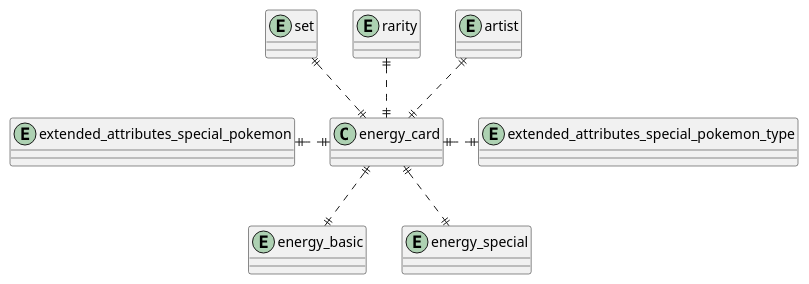
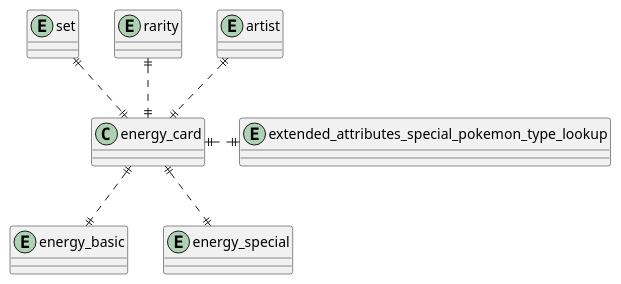
The diagram in schema/entity_relationship_diagrams/enery-card-relationships.puml (pkgreen90/pokemon-tcg-data), drawn with PlantUML before and after one commit. The commit also changed 7 other files, not shown here.

Commit message:
Upated plantuml diagrams and files

```diff
--- a/schema/entity_relationship_diagrams/enery-card-relationships.puml
+++ b/schema/entity_relationship_diagrams/enery-card-relationships.puml
@@ -1,19 +1,17 @@
 @startuml energy-card-relationships
 
 entity "artist" as artist {}
 entity "energy_basic" as energy_basic {}
 entity "energy_special" as energy_special {}
-entity "extended_attributes_special_pokemon" as extended_attributes_special_pokemon {}
-entity "extended_attributes_special_pokemon_type" as extended_attributes_special_pokemon_type {}
+entity "extended_attributes_special_pokemon_type_lookup" as extended_attributes_special_pokemon_type_lookup {}
 entity "rarity" as rarity {}
 entity "set" as set {}
 
 energy_card ||..up|| artist
 energy_card ||..|| energy_basic
 energy_card ||..|| energy_special
-energy_card ||..left|| extended_attributes_special_pokemon
-energy_card ||..right|| extended_attributes_special_pokemon_type
+energy_card ||..right|| extended_attributes_special_pokemon_type_lookup
 energy_card ||..up|| rarity
 energy_card ||..up|| set
 
 @enduml
```
